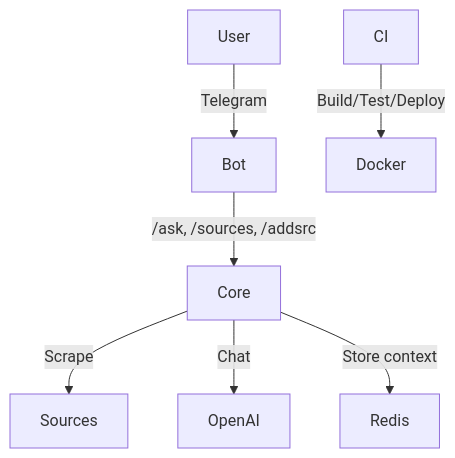
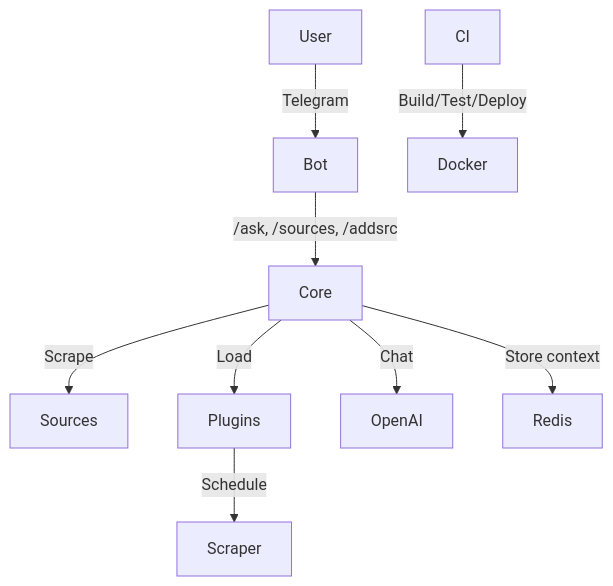
Before and after one commit to leolech14/Miles: the diagram in README.md, drawn with Mermaid. The commit also changed other lines of this file and 8 other files, not shown here.

First line of the commit message:
🔌 Implement modular plugin system architecture

````diff
--- a/README.md
+++ b/README.md
@@ -151,9 +197,11 @@
 ```mermaid
 flowchart TD
     User-->|Telegram|Bot
     Bot-->|/ask, /sources, /addsrc|Core
     Core-->|Scrape|Sources
+    Core-->|Load|Plugins
+    Plugins-->|Schedule|Scraper
     Core-->|Chat|OpenAI
     Core-->|Store context|Redis
     CI-->|Build/Test/Deploy|Docker
 ```
````
